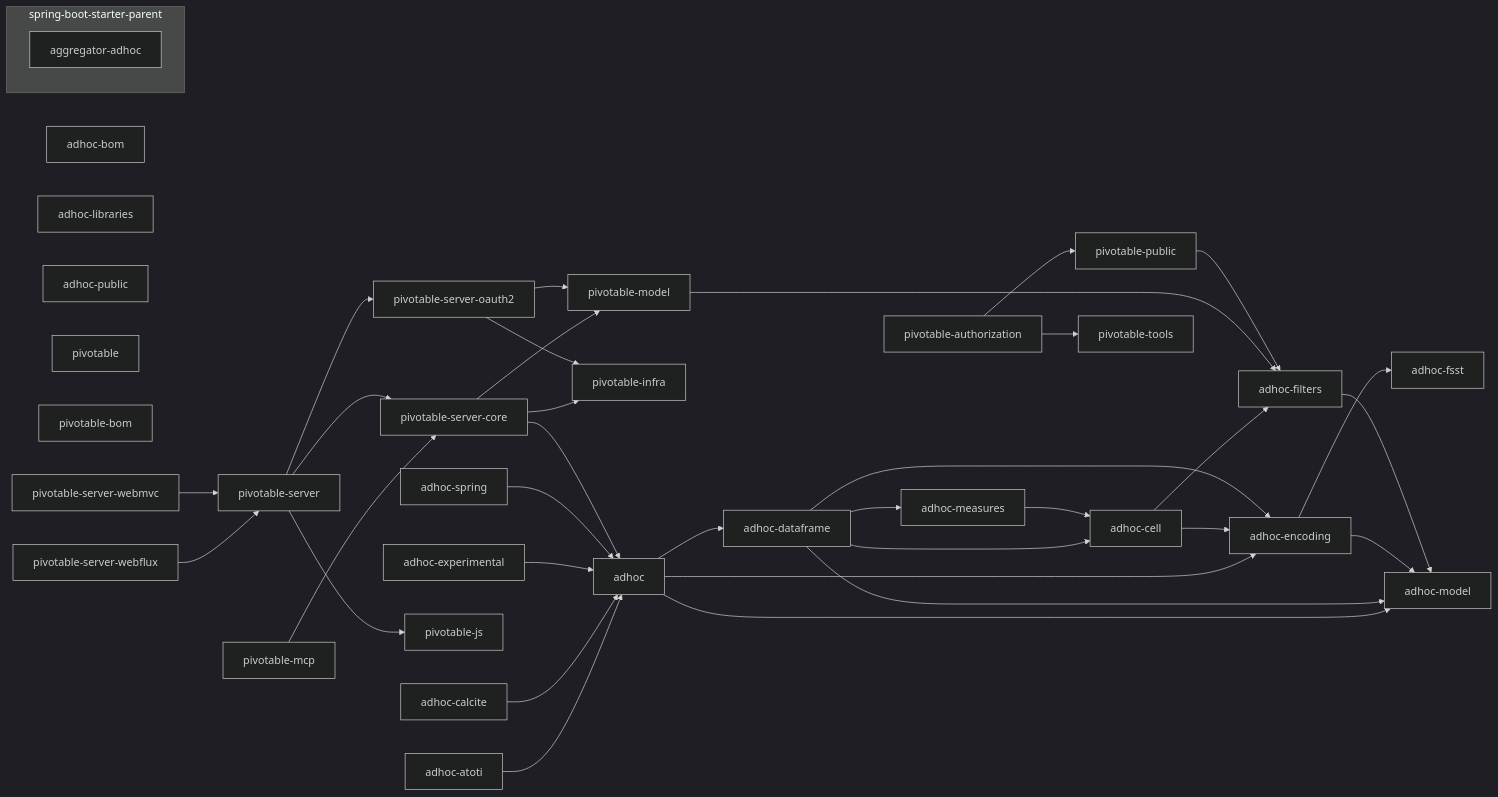
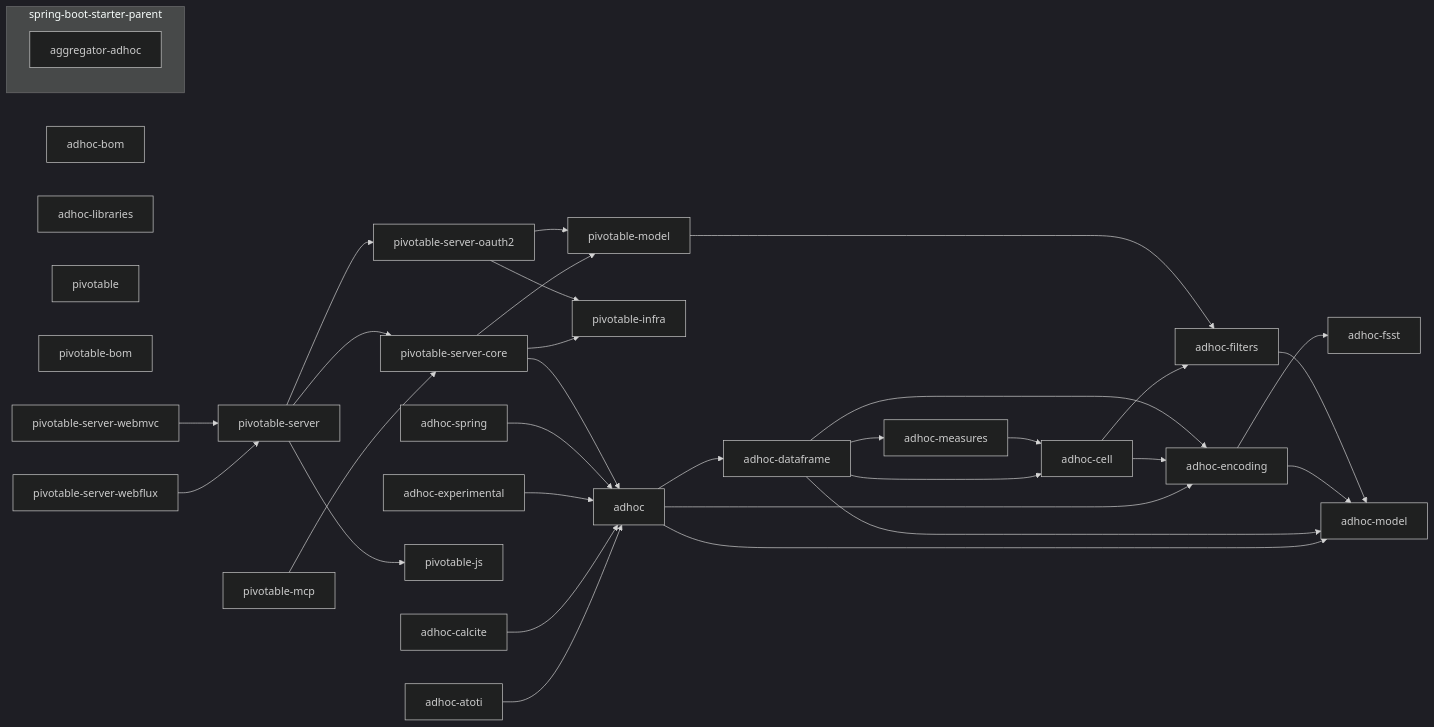
The diagram in docs/DEPENDENCIES.mmd (solven-eu/adhoc), drawn with Mermaid (dark theme) before and after one commit. The commit also changed 19 other files, not shown here.

```diff
--- a/docs/DEPENDENCIES.mmd
+++ b/docs/DEPENDENCIES.mmd
@@ -1,67 +1,60 @@
 flowchart LR
     adhoc["adhoc"]
     adhoc_atoti["adhoc-atoti"]
     adhoc_bom["adhoc-bom"]
     adhoc_calcite["adhoc-calcite"]
     adhoc_cell["adhoc-cell"]
     adhoc_dataframe["adhoc-dataframe"]
     adhoc_encoding["adhoc-encoding"]
     adhoc_experimental["adhoc-experimental"]
     adhoc_filters["adhoc-filters"]
     adhoc_fsst["adhoc-fsst"]
     adhoc_libraries["adhoc-libraries"]
     adhoc_measures["adhoc-measures"]
     adhoc_model["adhoc-model"]
-    adhoc_public["adhoc-public"]
     adhoc_spring["adhoc-spring"]
     pivotable["pivotable"]
-    pivotable_authorization["pivotable-authorization"]
     pivotable_bom["pivotable-bom"]
     pivotable_infra["pivotable-infra"]
     pivotable_js["pivotable-js"]
     pivotable_mcp["pivotable-mcp"]
     pivotable_model["pivotable-model"]
-    pivotable_public["pivotable-public"]
     pivotable_server["pivotable-server"]
     pivotable_server_core["pivotable-server-core"]
     pivotable_server_oauth2["pivotable-server-oauth2"]
     pivotable_server_webflux["pivotable-server-webflux"]
     pivotable_server_webmvc["pivotable-server-webmvc"]
-    pivotable_tools["pivotable-tools"]
 
     subgraph spring-boot-starter-parent
         aggregator_adhoc["aggregator-adhoc"]
     end
 
     adhoc --> adhoc_dataframe
     adhoc --> adhoc_encoding
     adhoc --> adhoc_model
     adhoc_atoti --> adhoc
     adhoc_calcite --> adhoc
     adhoc_cell --> adhoc_encoding
     adhoc_cell --> adhoc_filters
     adhoc_dataframe --> adhoc_cell
     adhoc_dataframe --> adhoc_encoding
     adhoc_dataframe --> adhoc_measures
     adhoc_dataframe --> adhoc_model
     adhoc_encoding --> adhoc_fsst
     adhoc_encoding --> adhoc_model
     adhoc_experimental --> adhoc
     adhoc_filters --> adhoc_model
     adhoc_measures --> adhoc_cell
     adhoc_spring --> adhoc
-    pivotable_authorization --> pivotable_public
-    pivotable_authorization --> pivotable_tools
     pivotable_mcp --> pivotable_server_core
     pivotable_model --> adhoc_filters
-    pivotable_public --> adhoc_filters
     pivotable_server --> pivotable_js
     pivotable_server --> pivotable_server_core
     pivotable_server --> pivotable_server_oauth2
     pivotable_server_core --> adhoc
     pivotable_server_core --> pivotable_infra
     pivotable_server_core --> pivotable_model
     pivotable_server_oauth2 --> pivotable_infra
     pivotable_server_oauth2 --> pivotable_model
     pivotable_server_webflux --> pivotable_server
     pivotable_server_webmvc --> pivotable_server
```
